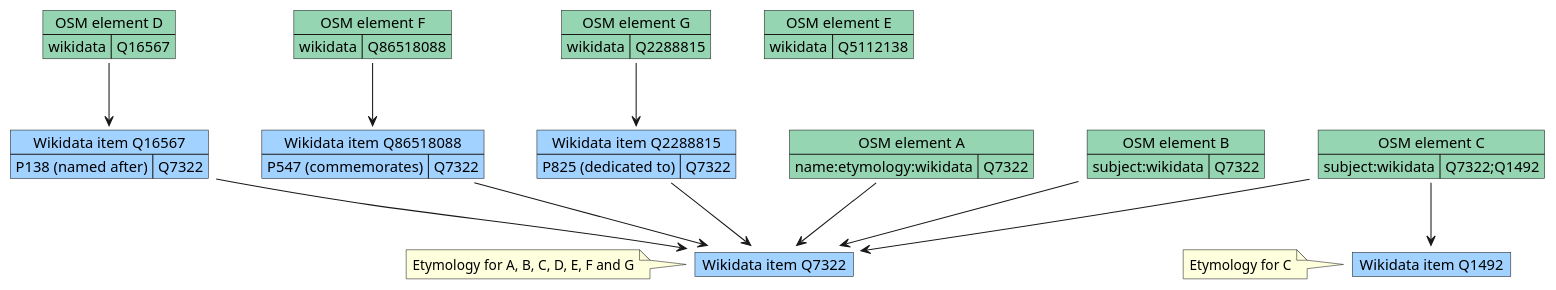
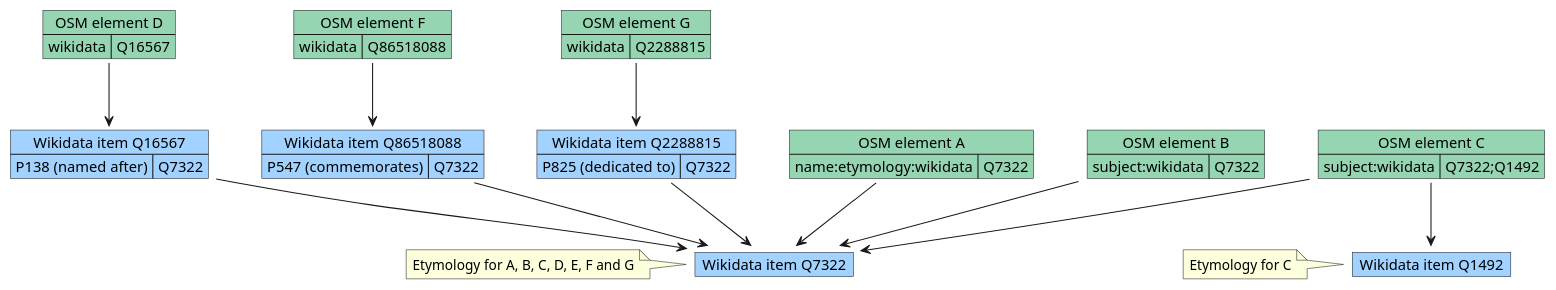
Before and after one commit to Danysan1/osm-wikidata-map-framework: the first of 3 diagrams in CONTRIBUTING.md, drawn with PlantUML. The commit also changed other lines of this file, not shown here.

````diff
--- a/CONTRIBUTING.md
+++ b/CONTRIBUTING.md
@@ -42,58 +42,55 @@
 ```plantuml
 @startuml
 map "Wikidata item Q7322" as wikia #a2d2ff {
 
 }
 map "Wikidata item Q1492" as wikib #a2d2ff {
 
 }
 
 map "Wikidata item Q16567" as wikic #a2d2ff {
   P138 (named after) => Q7322
 }
 map "Wikidata item Q86518088" as wikie #a2d2ff {
   P547 (commemorates) => Q7322
 }
 map "Wikidata item Q2288815" as wikif #a2d2ff {
   P825 (dedicated to) => Q7322
 }
 
 map "OSM element A" as osma #95d5b2 {
   name:etymology:wikidata => Q7322
 }
 map "OSM element B" as osmb #95d5b2 {
   subject:wikidata => Q7322
 }
 map "OSM element C" as osmc #95d5b2 {
   subject:wikidata => Q7322;Q1492
 }
 map "OSM element D" as osmd #95d5b2 {
   wikidata => Q16567
 }
-map "OSM element E" as osme #95d5b2 {
-  wikidata => Q5112138
-}
 map "OSM element F" as osmf #95d5b2 {
   wikidata => Q86518088
 }
 map "OSM element G" as osmg #95d5b2 {
   wikidata => Q2288815
 }
 
 osma --> wikia
 osmb --> wikia
 osmc --> wikia
 osmc --> wikib
 
 osmd --> wikic
 osmf --> wikie
 osmg --> wikif
 
 wikic --> wikia
 wikie --> wikia
 wikif --> wikia
 
 note left of wikia: Etymology for A, B, C, D, E, F and G
 note left of wikib: Etymology for C
 @enduml
 ```
````
